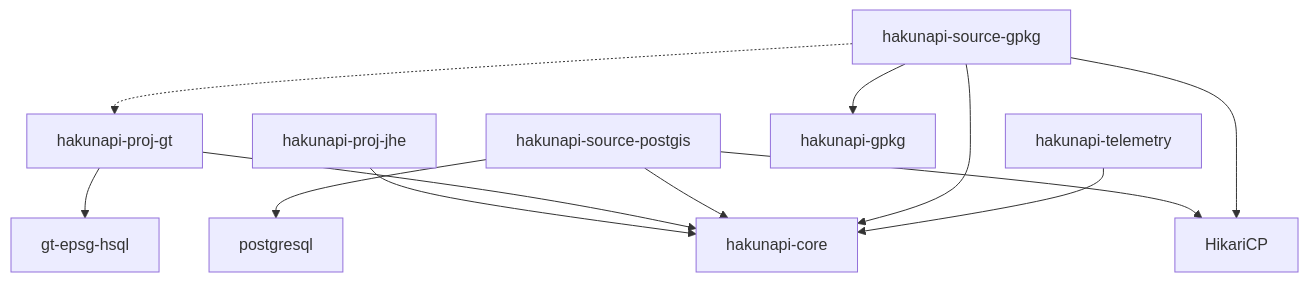
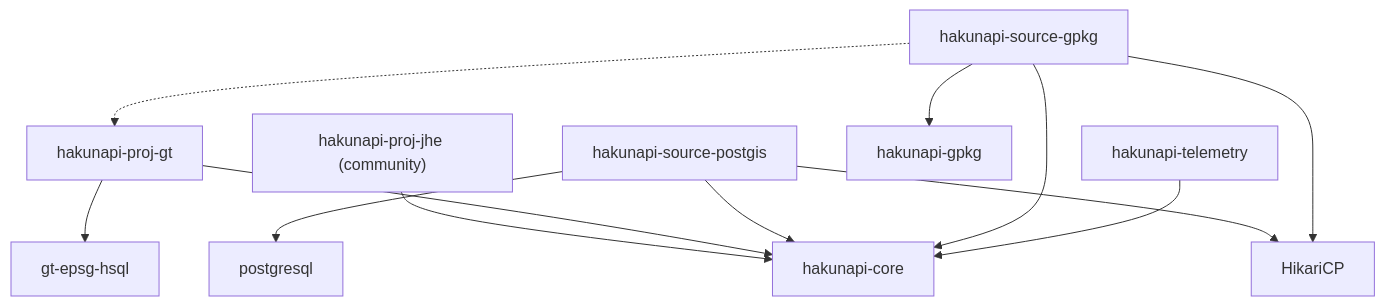
The second of 3 diagrams in docs/overview/modules.md (nlsfi/hakunapi), drawn with Mermaid before and after one commit. The commit also changed other lines of this file and 60 other files, not shown here.

````diff
--- a/docs/overview/modules.md
+++ b/docs/overview/modules.md
@@ -150,21 +156,21 @@
 ```mermaid
 graph TD
     core[hakunapi-core]
 
     %% Projection modules
-    proj_jhe[hakunapi-proj-jhe] --> core
+    proj_jhe["hakunapi-proj-jhe (community)"] --> core
     proj_gt[hakunapi-proj-gt] --> core
     proj_gt --> epsg[gt-epsg-hsql]
     
     %% Source modules
     postgis[hakunapi-source-postgis] --> core
     postgis --> hikari[HikariCP]
     postgis --> pg[postgresql]
     gpkg_source[hakunapi-source-gpkg] --> core
     gpkg_source --> gpkg[hakunapi-gpkg]
     gpkg_source --> hikari
     gpkg_source -.-> proj_gt
     
     %% Telemetry
     telemetry[hakunapi-telemetry] --> core
 ```
````
